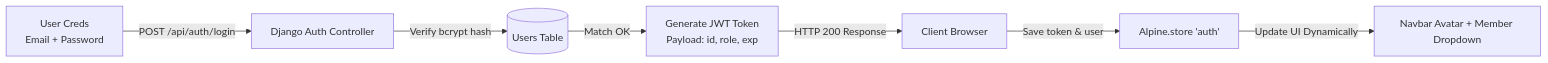
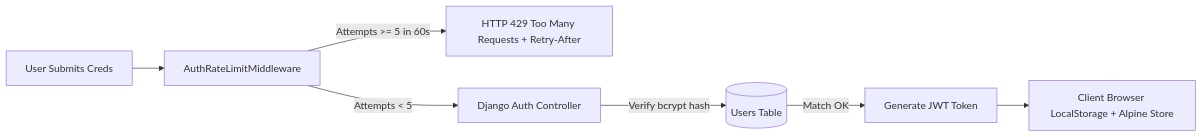
Before and after one commit to Abubakkar-Khan/coworkconnect: the fourth of 8 diagrams in README.md, drawn with Mermaid. The commit also changed other lines of this file and 16 other files, not shown here.

First line of the commit message:
Add authentication rate limiting middleware and enhance UI with DOMPurify

````diff
--- a/README.md
+++ b/README.md
@@ -285,9 +293,9 @@
 ```mermaid
 flowchart LR
-    A[User Creds<br/>Email + Password] -->|POST /api/auth/login| B[Django Auth Controller]
-    B -->|Verify bcrypt hash| C[(Users Table)]
-    C -->|Match OK| D[Generate JWT Token<br/>Payload: id, role, exp]
-    D -->|HTTP 200 Response| E[Client Browser]
-    E -->|Save token & user| F[Alpine.store 'auth']
-    F -->|Update UI Dynamically| G[Navbar Avatar + Member Dropdown]
+    A[User Submits Creds] --> B[AuthRateLimitMiddleware]
+    B -->|Attempts >= 5 in 60s| C[HTTP 429 Too Many Requests + Retry-After]
+    B -->|Attempts < 5| D[Django Auth Controller]
+    D -->|Verify bcrypt hash| E[(Users Table)]
+    E -->|Match OK| F[Generate JWT Token]
+    F --> G[Client Browser LocalStorage + Alpine Store]
 ```
````
